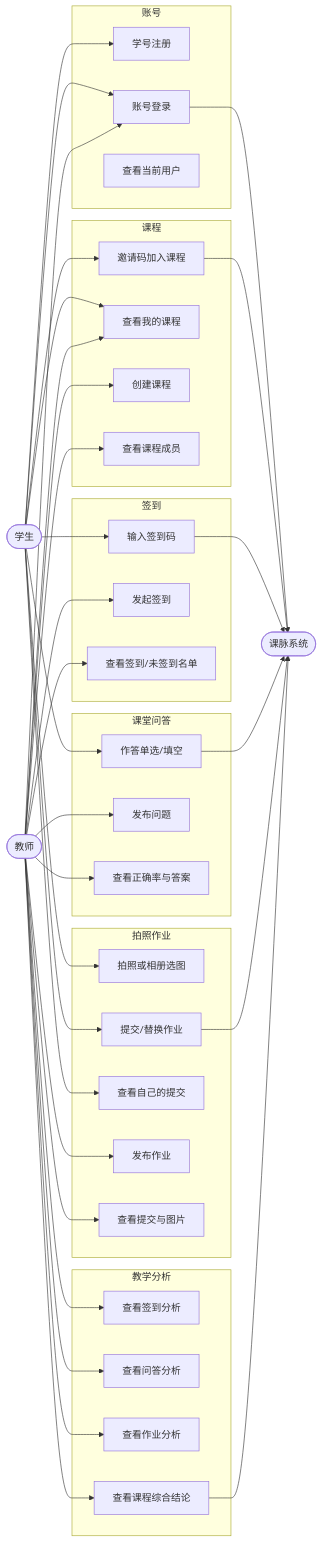
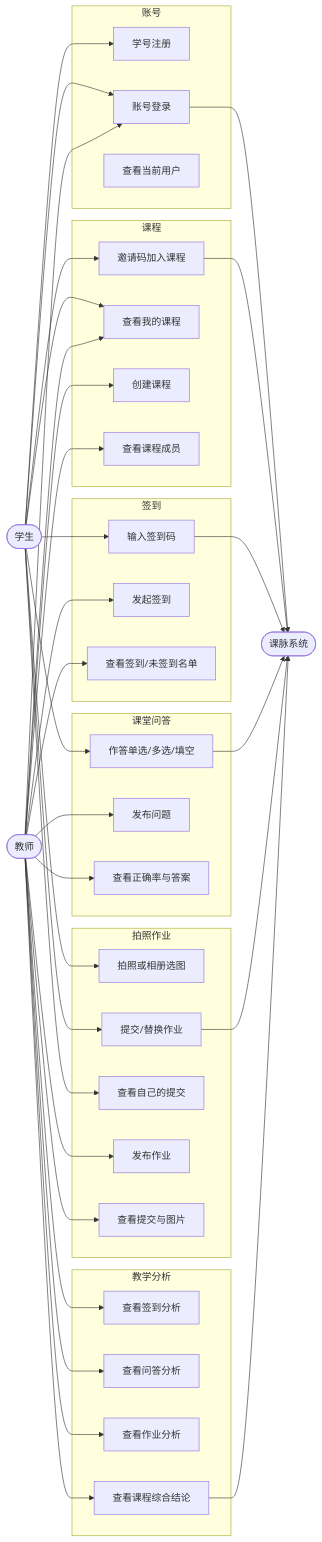
One commit to BoGuYoYo/classroom-pulse changed the first of 3 diagrams in docs/01-需求与设计.md. Above: the diagram before and after it, drawn with Mermaid. The commit also changed other lines of this file and 12 other files, not shown here.

````diff
--- a/docs/01-需求与设计.md
+++ b/docs/01-需求与设计.md
@@ -38,73 +38,73 @@
 ```mermaid
 flowchart LR
     Student([学生])
     Teacher([教师])
     System([课脉系统])
 
     subgraph Auth[账号]
       A1[学号注册]
       A2[账号登录]
       A3[查看当前用户]
     end
     subgraph Course[课程]
       C1[邀请码加入课程]
       C2[查看我的课程]
       C3[创建课程]
       C4[查看课程成员]
     end
     subgraph Attendance[签到]
       S1[输入签到码]
       S2[发起签到]
       S3[查看签到/未签到名单]
     end
     subgraph QA[课堂问答]
-      Q1[作答单选/填空]
+      Q1[作答单选/多选/填空]
       Q2[发布问题]
       Q3[查看正确率与答案]
     end
     subgraph Homework[拍照作业]
       H1[拍照或相册选图]
       H2[提交/替换作业]
       H3[查看自己的提交]
       H4[发布作业]
       H5[查看提交与图片]
     end
     subgraph Analytics[教学分析]
       T1[查看签到分析]
       T2[查看问答分析]
       T3[查看作业分析]
       T4[查看课程综合结论]
     end
 
     Student --> A1
     Student --> A2
     Student --> C1
     Student --> C2
     Student --> S1
     Student --> Q1
     Student --> H1
     Student --> H2
     Student --> H3
 
     Teacher --> A2
     Teacher --> C3
     Teacher --> C2
     Teacher --> C4
     Teacher --> S2
     Teacher --> S3
     Teacher --> Q2
     Teacher --> Q3
     Teacher --> H4
     Teacher --> H5
     Teacher --> T1
     Teacher --> T2
     Teacher --> T3
     Teacher --> T4
 
     A2 --> System
     C1 --> System
     S1 --> System
     Q1 --> System
     H2 --> System
     T4 --> System
 ```
````
